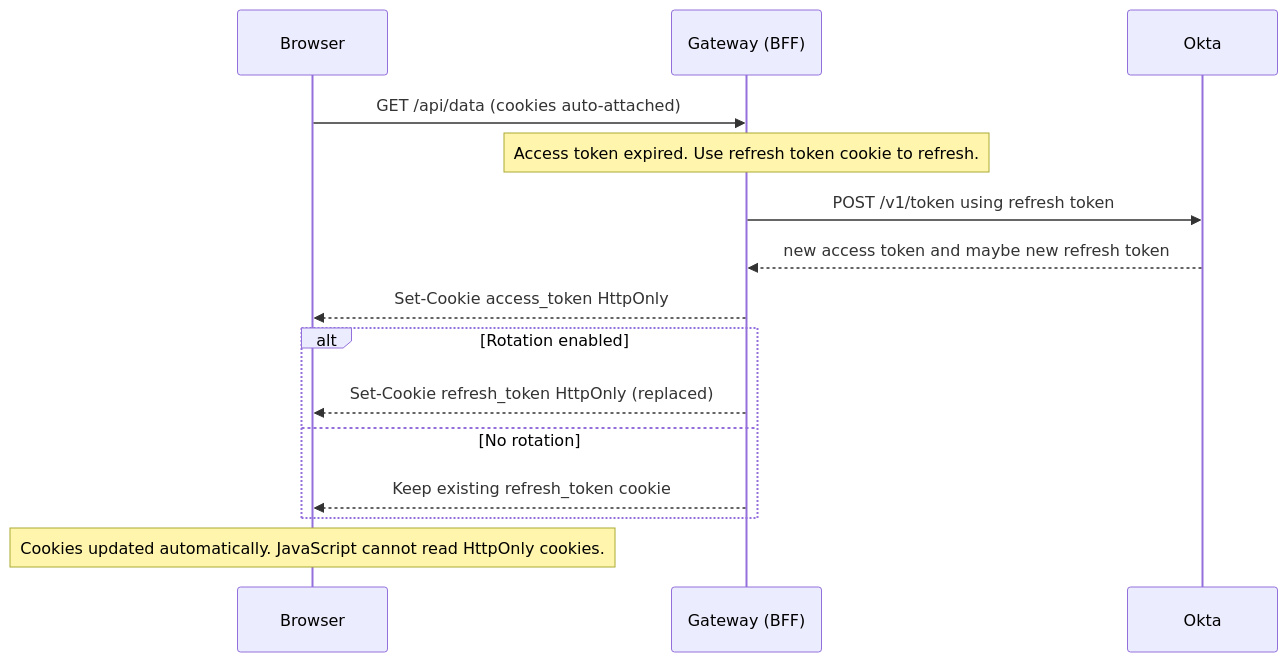
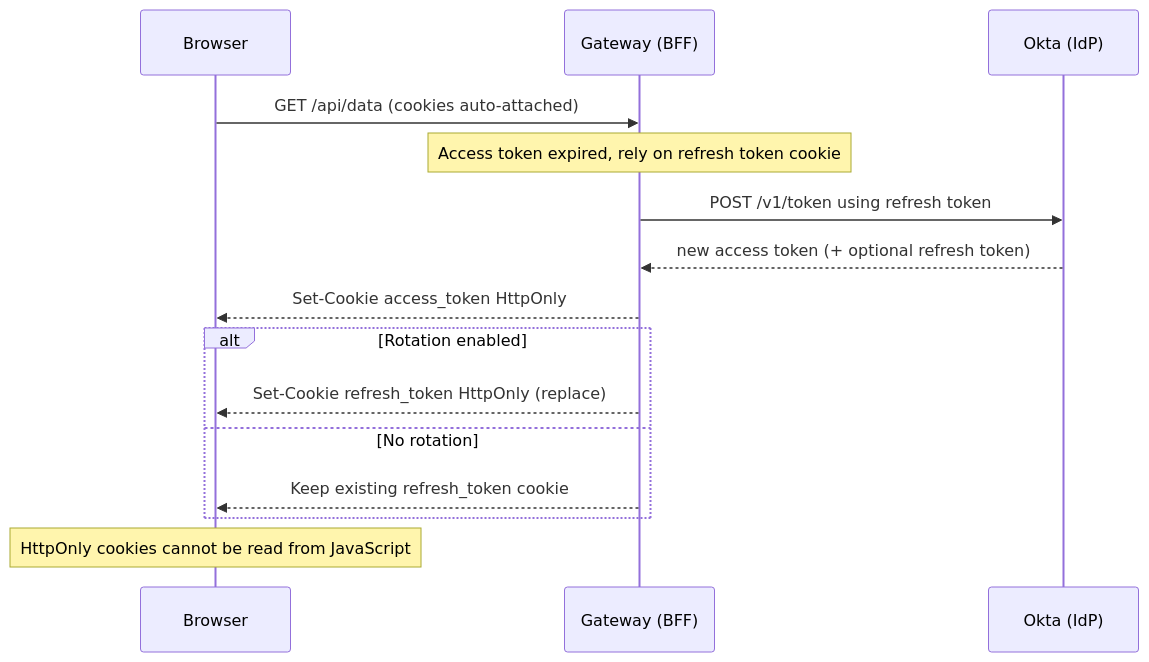
One commit to FredX123/sso-demo changed the seventh of 7 diagrams in backend/docs/refresh-token/okta_token_refresh_flows.md. Above: the diagram before and after it, drawn with Mermaid. The commit also changed other lines of this file and 3 other files, not shown here.

````diff
--- a/backend/docs/refresh-token/okta_token_refresh_flows.md
+++ b/backend/docs/refresh-token/okta_token_refresh_flows.md
@@ -116,18 +132,18 @@
 ```mermaid
 sequenceDiagram
   participant Browser
   participant Gateway as Gateway (BFF)
-  participant Okta
+  participant Okta as Okta (IdP)
 
   Browser->>Gateway: GET /api/data (cookies auto-attached)
-  Note over Gateway: Access token expired. Use refresh token cookie to refresh.
+  Note over Gateway: Access token expired, rely on refresh token cookie
   Gateway->>Okta: POST /v1/token using refresh token
-  Okta-->>Gateway: new access token and maybe new refresh token
+  Okta-->>Gateway: new access token (+ optional refresh token)
   Gateway-->>Browser: Set-Cookie access_token HttpOnly
   alt Rotation enabled
-    Gateway-->>Browser: Set-Cookie refresh_token HttpOnly (replaced)
+    Gateway-->>Browser: Set-Cookie refresh_token HttpOnly (replace)
   else No rotation
     Gateway-->>Browser: Keep existing refresh_token cookie
   end
-  Note over Browser: Cookies updated automatically. JavaScript cannot read HttpOnly cookies.
+  Note over Browser: HttpOnly cookies cannot be read from JavaScript
 ```
````
